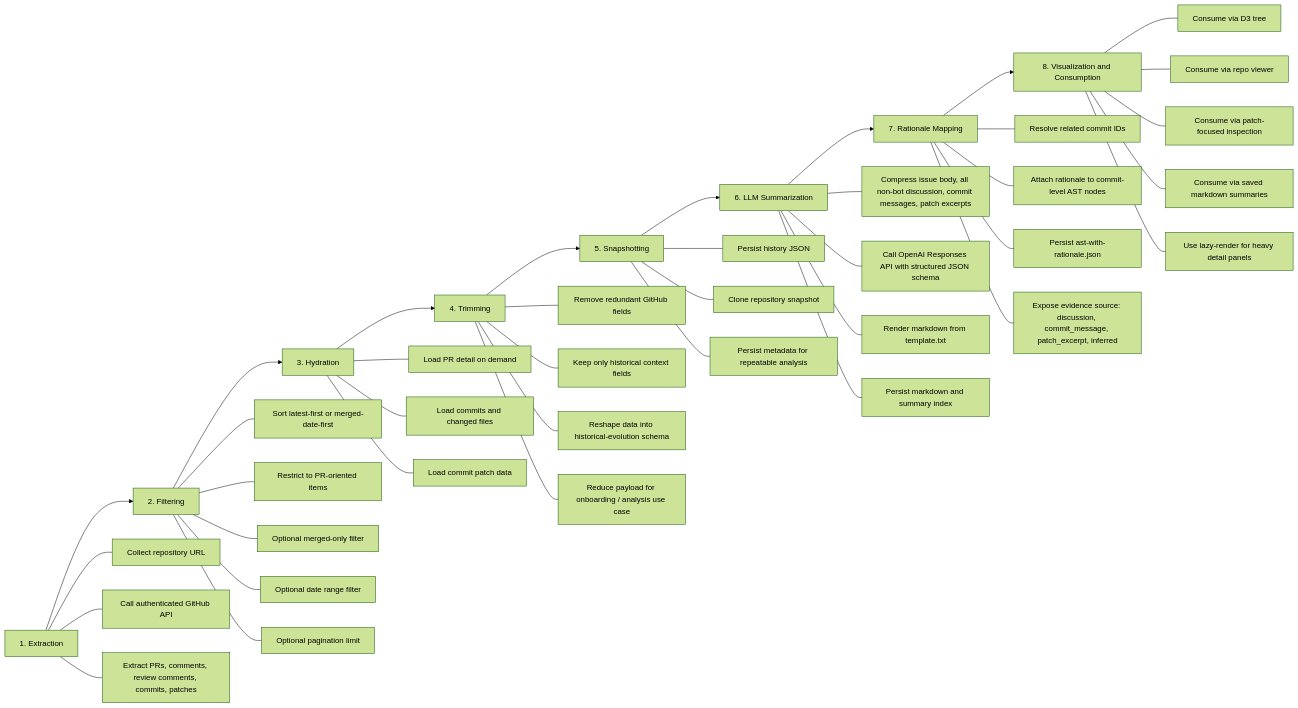
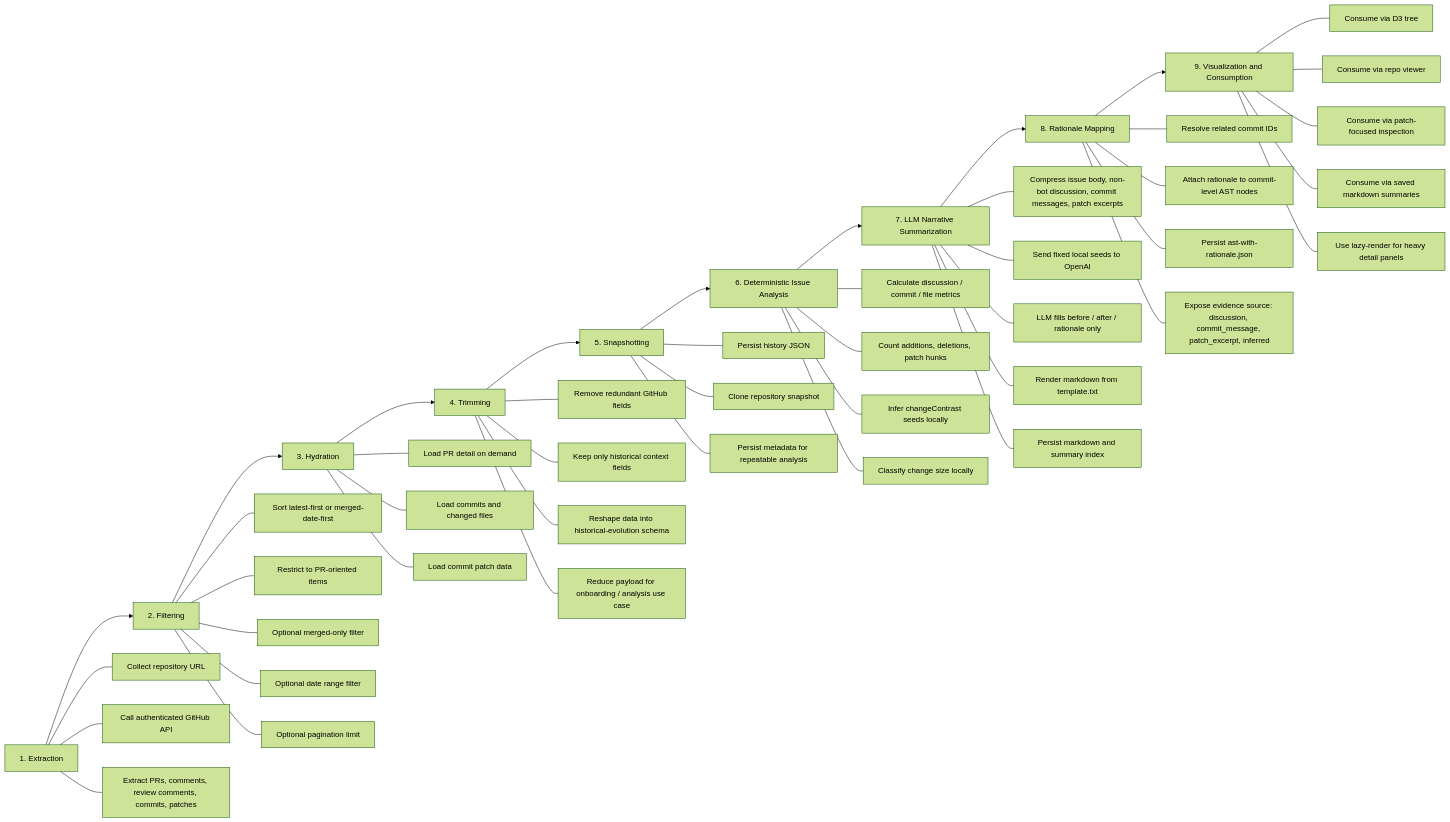
The second of 4 diagrams in docs/2026-05-04-architecture-methodology.md (Viody75/Historical-Evo-Aware-Code-Documentation), drawn with Mermaid (forest theme) before and after one commit. The commit also changed other lines of this file and 7 other files, not shown here.

First line of the commit message:
feat: Enhance issue analysis with metrics and change contrast

````diff
--- a/docs/2026-05-04-architecture-methodology.md
+++ b/docs/2026-05-04-architecture-methodology.md
@@ -117,49 +132,56 @@
 ```mermaid
 flowchart LR
     A[1. Extraction] --> B[2. Filtering]
     B --> C[3. Hydration]
     C --> D[4. Trimming]
     D --> E[5. Snapshotting]
-    E --> F[6. LLM Summarization]
-    F --> G[7. Rationale Mapping]
-    G --> H[8. Visualization and Consumption]
+    E --> F[6. Deterministic Issue Analysis]
+    F --> G[7. LLM Narrative Summarization]
+    G --> H[8. Rationale Mapping]
+    H --> I[9. Visualization and Consumption]
 
     A --- A1[Collect repository URL]
     A --- A2[Call authenticated GitHub API]
     A --- A3[Extract PRs, comments, review comments, commits, patches]
 
     B --- B1[Sort latest-first or merged-date-first]
     B --- B2[Restrict to PR-oriented items]
     B --- B3[Optional merged-only filter]
     B --- B4[Optional date range filter]
     B --- B5[Optional pagination limit]
 
     C --- C1[Load PR detail on demand]
     C --- C2[Load commits and changed files]
     C --- C3[Load commit patch data]
 
     D --- D1[Remove redundant GitHub fields]
     D --- D2[Keep only historical context fields]
     D --- D3[Reshape data into historical-evolution schema]
     D --- D4[Reduce payload for onboarding / analysis use case]
 
     E --- E1[Persist history JSON]
     E --- E2[Clone repository snapshot]
     E --- E3[Persist metadata for repeatable analysis]
 
-    F --- F1[Compress issue body, all non-bot discussion, commit messages, patch excerpts]
-    F --- F2[Call OpenAI Responses API with structured JSON schema]
-    F --- F3[Render markdown from template.txt]
-    F --- F4[Persist markdown and summary index]
+    F --- F1[Calculate discussion / commit / file metrics]
+    F --- F2[Count additions, deletions, patch hunks]
+    F --- F3[Infer changeContrast seeds locally]
+    F --- F4[Classify change size locally]
 
-    G --- G1[Resolve related commit IDs]
-    G --- G2[Attach rationale to commit-level AST nodes]
-    G --- G3[Persist ast-with-rationale.json]
-    G --- G4[Expose evidence source: discussion, commit_message, patch_excerpt, inferred]
+    G --- G1[Compress issue body, non-bot discussion, commit messages, patch excerpts]
+    G --- G2[Send fixed local seeds to OpenAI]
+    G --- G3[LLM fills before / after / rationale only]
+    G --- G4[Render markdown from template.txt]
+    G --- G5[Persist markdown and summary index]
 
-    H --- H1[Consume via D3 tree]
-    H --- H2[Consume via repo viewer]
-    H --- H3[Consume via patch-focused inspection]
-    H --- H4[Consume via saved markdown summaries]
-    H --- H5[Use lazy-render for heavy detail panels]
+    H --- H1[Resolve related commit IDs]
+    H --- H2[Attach rationale to commit-level AST nodes]
+    H --- H3[Persist ast-with-rationale.json]
+    H --- H4[Expose evidence source: discussion, commit_message, patch_excerpt, inferred]
+
+    I --- I1[Consume via D3 tree]
+    I --- I2[Consume via repo viewer]
+    I --- I3[Consume via patch-focused inspection]
+    I --- I4[Consume via saved markdown summaries]
+    I --- I5[Use lazy-render for heavy detail panels]
 ```
````
